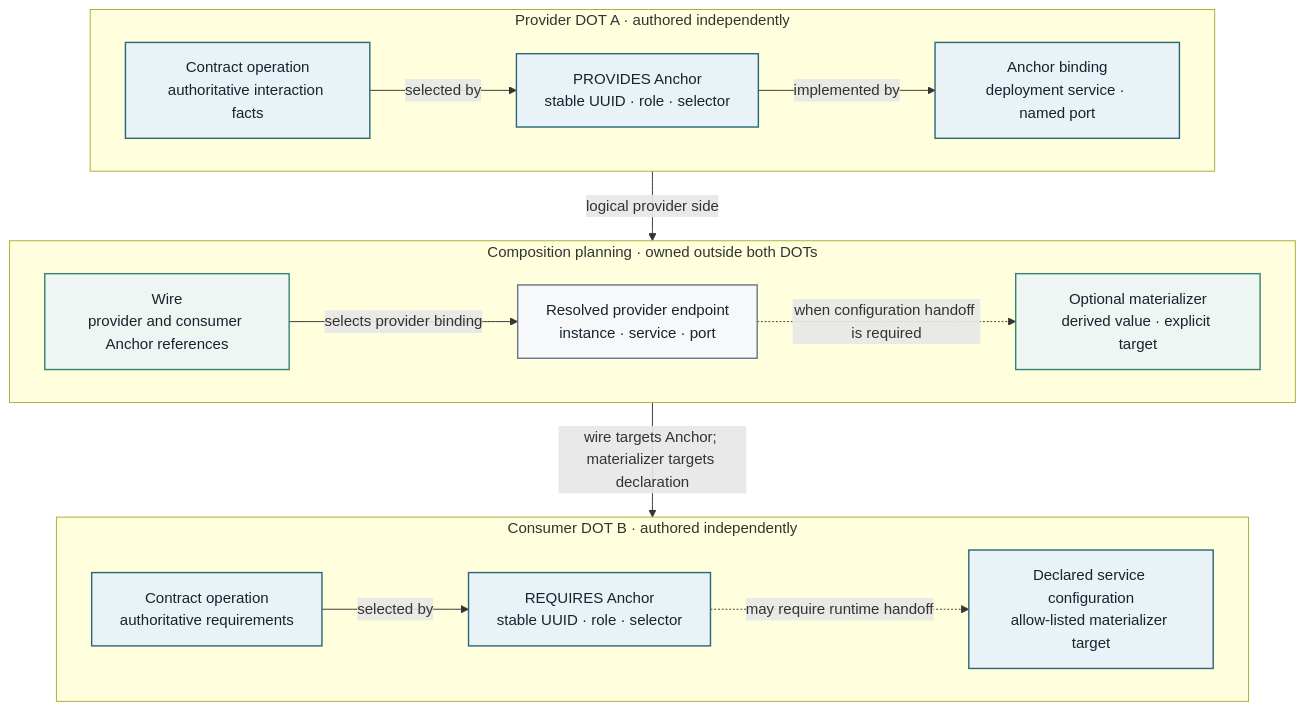
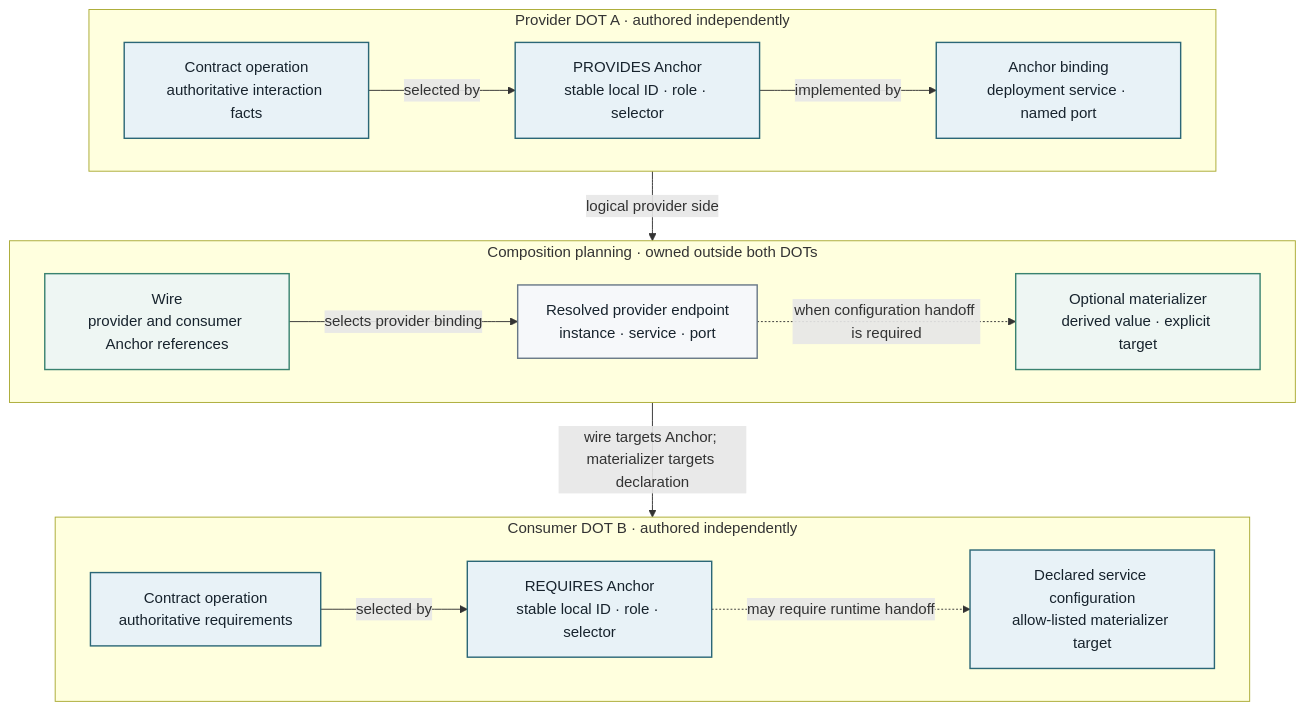
Before and after one commit to MARE-EU-Project/DOT-Docs: the diagram in DOT-Design/next/dot-design/_attachments/diagrams/dot-ownership-chain.mmd, drawn with Mermaid. The commit also changed 28 other files, not shown here.

```diff
--- a/DOT-Design/next/dot-design/_attachments/diagrams/dot-ownership-chain.mmd
+++ b/DOT-Design/next/dot-design/_attachments/diagrams/dot-ownership-chain.mmd
@@ -1,40 +1,40 @@
 flowchart TB
   accTitle: Ownership chain from provider DOT to consumer DOT
   accDescr: A provider Contract, Anchor, and service-port binding are connected through a composition-owned wire, resolved endpoint, and optional materializer to a consumer Anchor and declared configuration target.
 
   subgraph Provider["Provider DOT A · authored independently"]
     direction LR
     PContract["Contract operation<br/>authoritative interaction facts"]
-    PAnchor["PROVIDES Anchor<br/>stable UUID · role · selector"]
+    PAnchor["PROVIDES Anchor<br/>stable local ID · role · selector"]
     PBinding["Anchor binding<br/>deployment service · named port"]
     PContract -->|selected by| PAnchor
     PAnchor -->|implemented by| PBinding
   end
 
   subgraph Resolution["Composition planning · owned outside both DOTs"]
     direction LR
     Wire["Wire<br/>provider and consumer Anchor references"]
     Endpoint["Resolved provider endpoint<br/>instance · service · port"]
     Materializer["Optional materializer<br/>derived value · explicit target"]
     Wire -->|selects provider binding| Endpoint
     Endpoint -.->|when configuration handoff is required| Materializer
   end
 
   subgraph Consumer["Consumer DOT B · authored independently"]
     direction LR
     CContract["Contract operation<br/>authoritative requirements"]
-    CAnchor["REQUIRES Anchor<br/>stable UUID · role · selector"]
+    CAnchor["REQUIRES Anchor<br/>stable local ID · role · selector"]
     CConfig["Declared service configuration<br/>allow-listed materializer target"]
     CContract -->|selected by| CAnchor
     CAnchor -.->|may require runtime handoff| CConfig
   end
 
   Provider -->|logical provider side| Resolution
   Resolution -->|wire targets Anchor; materializer targets declaration| Consumer
 
   classDef definition fill:#e8f2f7,stroke:#2b6777,color:#17232d,stroke-width:1.5px;
   classDef topology fill:#eef6f3,stroke:#39826f,color:#17232d,stroke-width:1.5px;
   classDef runtime fill:#f6f8fa,stroke:#687887,color:#17232d,stroke-width:1.5px;
   class PContract,PAnchor,PBinding,CContract,CAnchor,CConfig definition;
   class Wire,Materializer topology;
   class Endpoint runtime;
```
